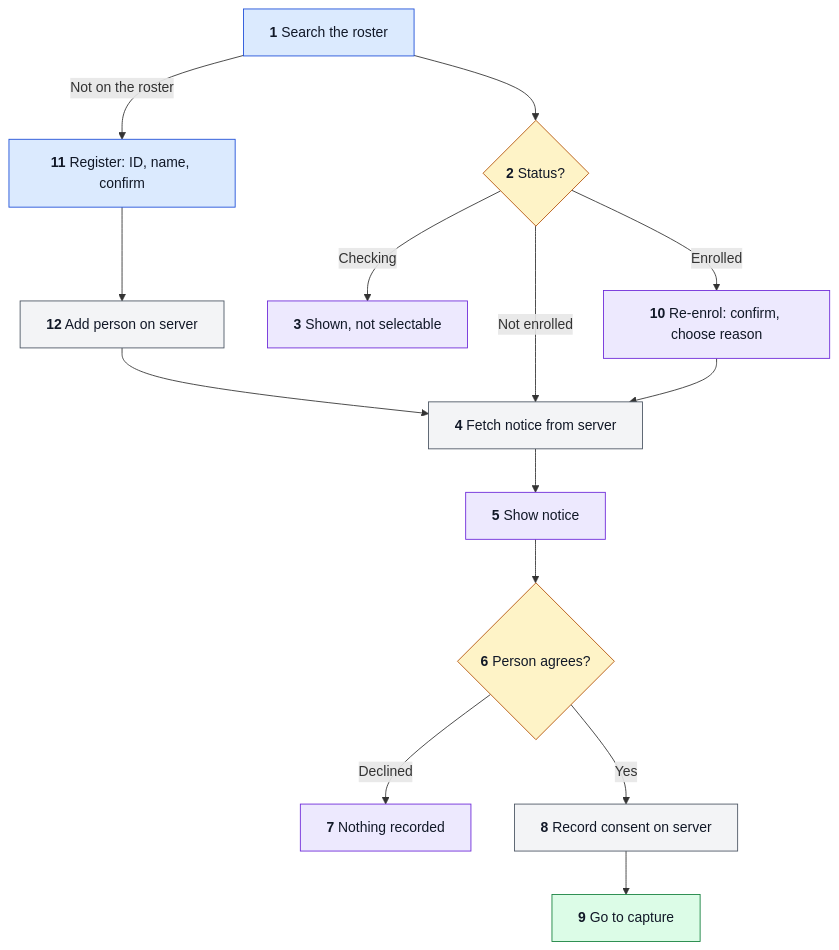
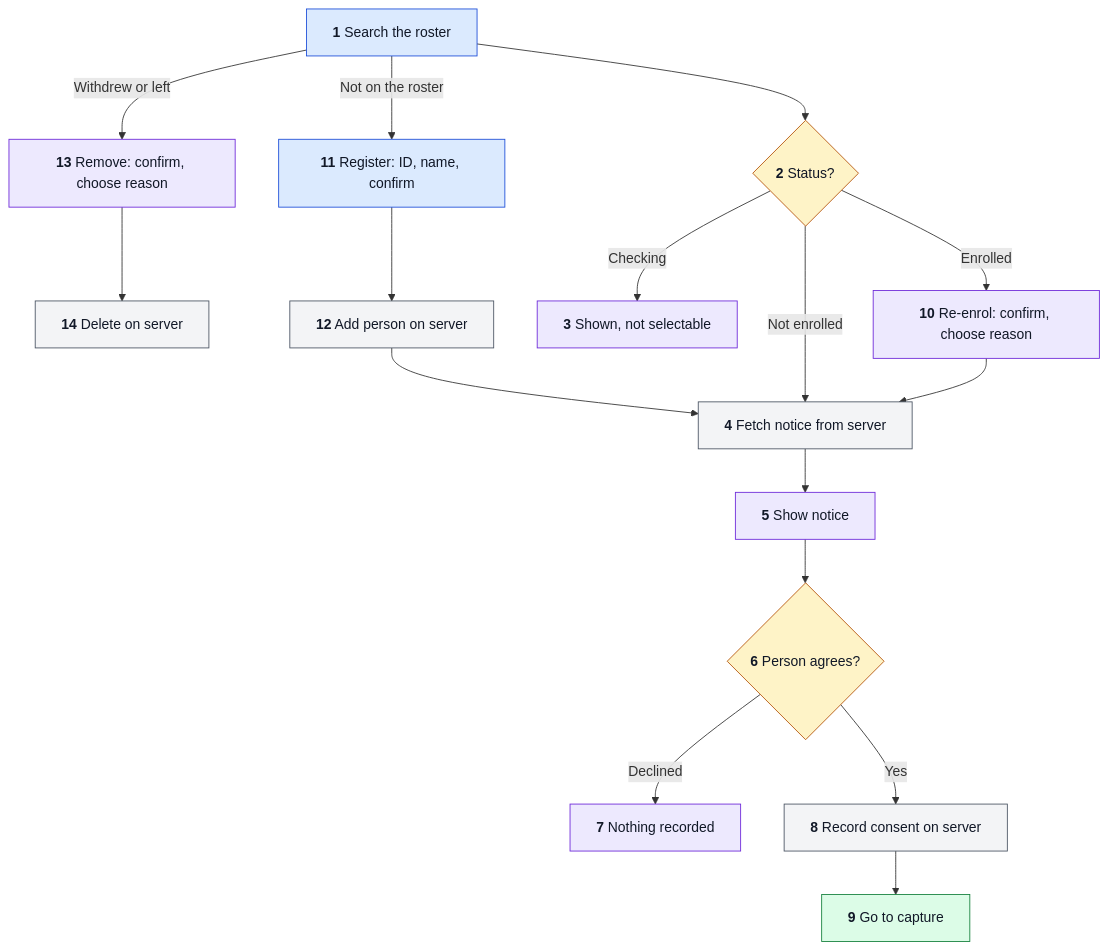
Before and after one commit to hamza-aziz-ai/Face-Dataset-Collector: the second of 5 diagrams in docs/FLOW.md, drawn with Mermaid. The commit also changed other lines of this file and 18 other files, not shown here.

````diff
--- a/docs/FLOW.md
+++ b/docs/FLOW.md
@@ -55,21 +55,23 @@
 ```mermaid
 flowchart TD
     classDef way fill:#dbeafe,stroke:#1d4ed8,color:#111827
     classDef step fill:#dcfce7,stroke:#15803d,color:#111827
     classDef choice fill:#fef3c7,stroke:#b45309,color:#111827
     classDef seen fill:#ede9fe,stroke:#6d28d9,color:#111827
     classDef outside fill:#f3f4f6,stroke:#4b5563,color:#111827
     A["`**1** Search the roster`"]:::way --> B{"`**2** Status?`"}:::choice
     A -->|Not on the roster| R["`**11** Register: ID, name, confirm`"]:::way
+    A -->|Withdrew or left| X["`**13** Remove: confirm, choose reason`"]:::seen
+    X --> Y["`**14** Delete on server`"]:::outside
     R --> S["`**12** Add person on server`"]:::outside
     S --> D
     B -->|Checking| C["`**3** Shown, not selectable`"]:::seen
     B -->|Not enrolled| D["`**4** Fetch notice from server`"]:::outside
     B -->|Enrolled| K["`**10** Re-enrol: confirm, choose reason`"]:::seen
     K --> D
     D --> E["`**5** Show notice`"]:::seen
     E --> F{"`**6** Person agrees?`"}:::choice
     F -->|Declined| G["`**7** Nothing recorded`"]:::seen
     F -->|Yes| H["`**8** Record consent on server`"]:::outside
     H --> I["`**9** Go to capture`"]:::step
 ```
````
